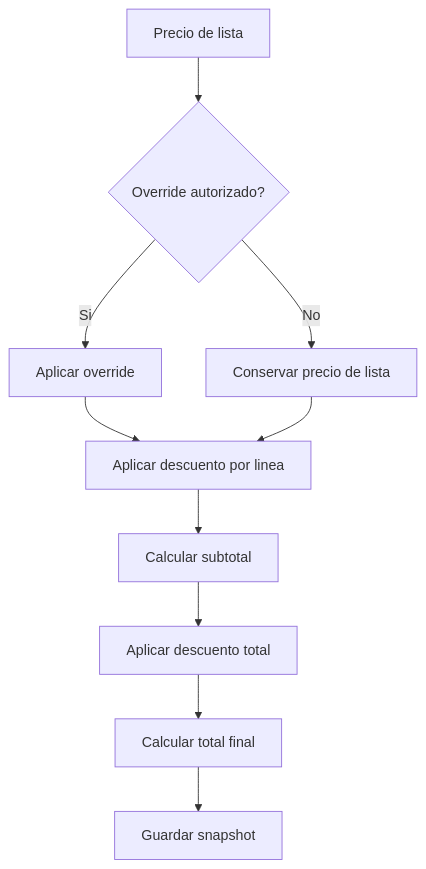
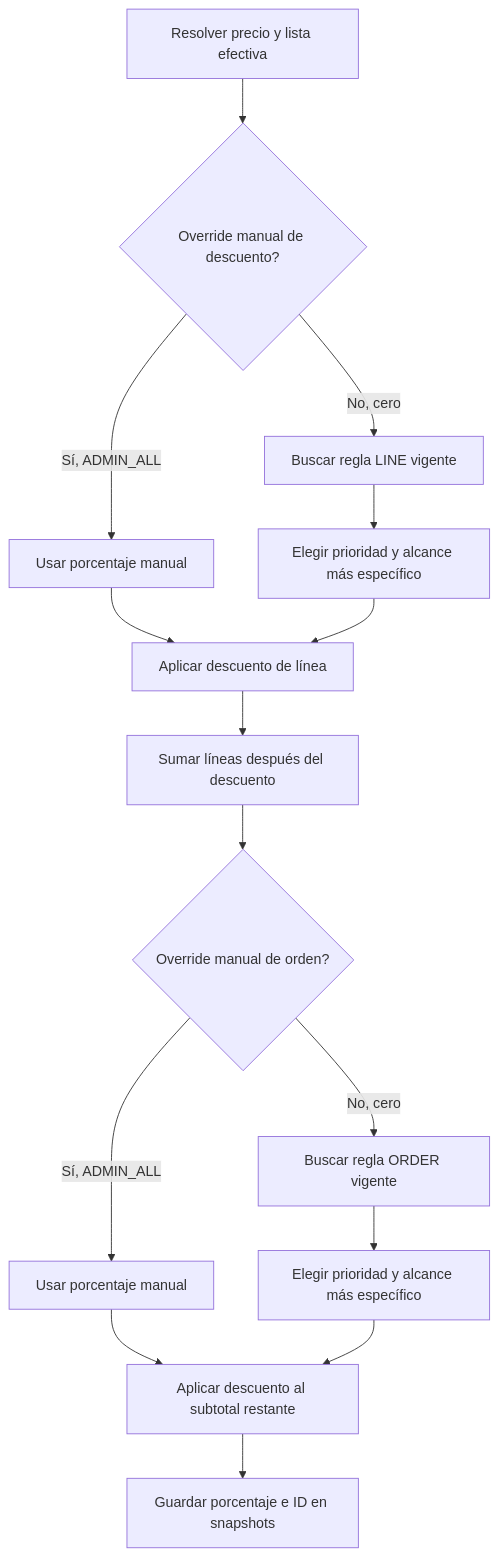
The diagram in docs/diagrams/catalog/flow-discount-calculation.md (Martinrc93/distribuidoraCore), drawn with Mermaid before and after one commit. The commit also changed other lines of this file and 145 other files, not shown here.

````diff
--- a/docs/diagrams/catalog/flow-discount-calculation.md
+++ b/docs/diagrams/catalog/flow-discount-calculation.md
@@ -3,12 +3,17 @@
 ```mermaid
 flowchart TD
-    A[Precio de lista] --> B{Override autorizado?}
-    B -->|Si| C[Aplicar override]
-    B -->|No| D[Conservar precio de lista]
-    C --> E[Aplicar descuento por linea]
-    D --> E
-    E --> F[Calcular subtotal]
-    F --> G[Aplicar descuento total]
-    G --> H[Calcular total final]
-    H --> I[Guardar snapshot]
+    A[Resolver precio y lista efectiva] --> B{Override manual de descuento?}
+    B -->|Sí, ADMIN_ALL| C[Usar porcentaje manual]
+    B -->|No, cero| D[Buscar regla LINE vigente]
+    D --> E[Elegir prioridad y alcance más específico]
+    C --> F[Aplicar descuento de línea]
+    E --> F
+    F --> G[Sumar líneas después del descuento]
+    G --> H{Override manual de orden?}
+    H -->|Sí, ADMIN_ALL| I[Usar porcentaje manual]
+    H -->|No, cero| J[Buscar regla ORDER vigente]
+    J --> K[Elegir prioridad y alcance más específico]
+    I --> L[Aplicar descuento al subtotal restante]
+    K --> L
+    L --> M[Guardar porcentaje e ID en snapshots]
 ```
````
